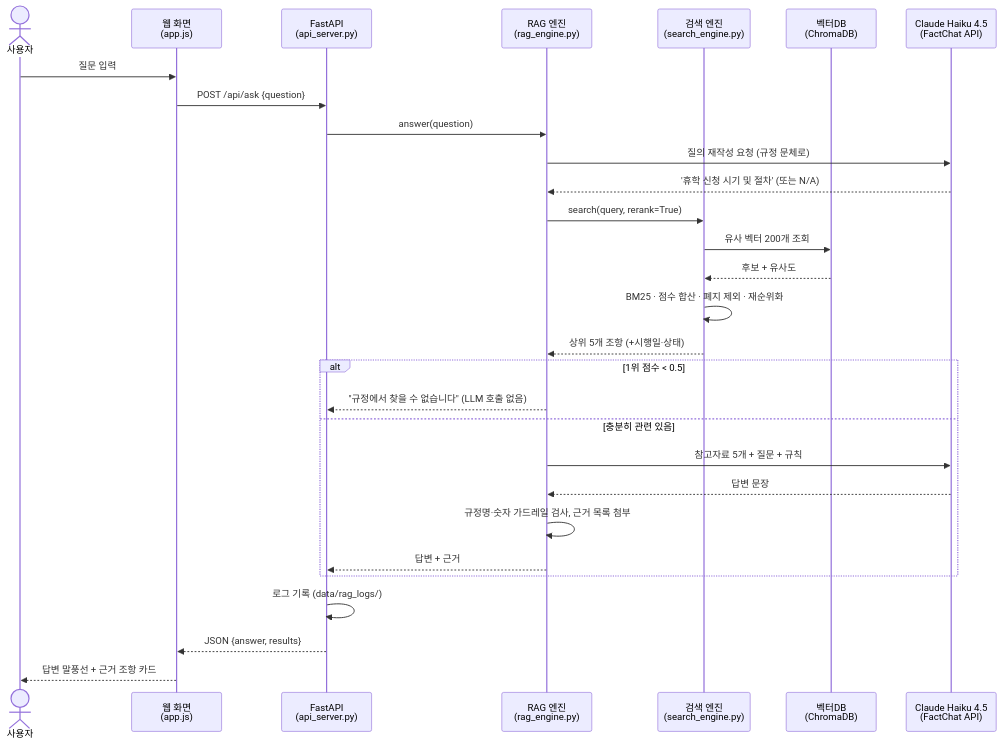
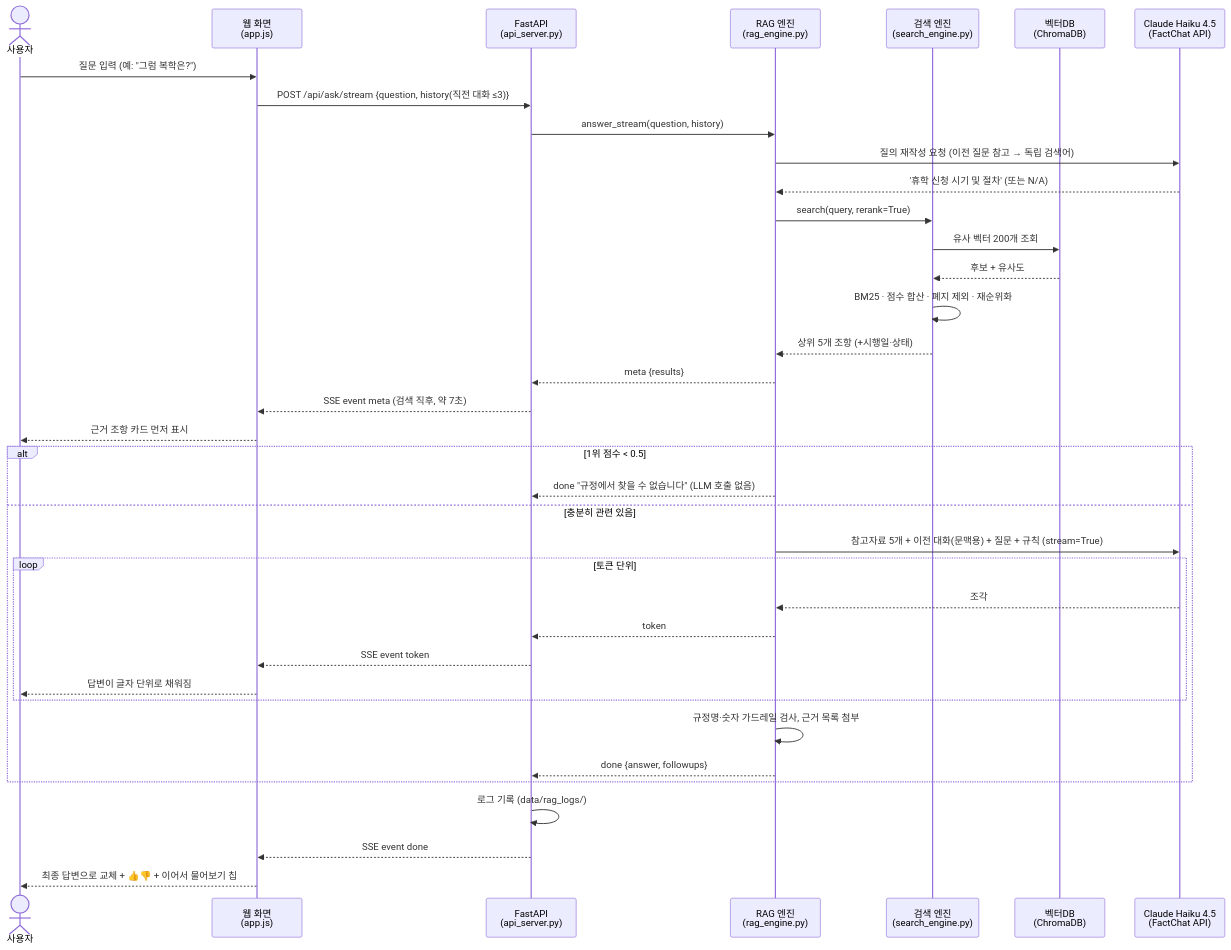
The fifth of 9 diagrams in DIAGRAMS.md (sjdisj1895-svg/Academic_Regulations_AIProject), drawn with Mermaid before and after one commit. The commit also changed 8 other files, not shown here.

````diff
--- a/DIAGRAMS.md
+++ b/DIAGRAMS.md
@@ -139,32 +139,40 @@
 ```mermaid
 sequenceDiagram
     actor U as 사용자
     participant W as 웹 화면<br/>(app.js)
     participant A as FastAPI<br/>(api_server.py)
     participant R as RAG 엔진<br/>(rag_engine.py)
     participant S as 검색 엔진<br/>(search_engine.py)
     participant V as 벡터DB<br/>(ChromaDB)
     participant L as Claude Haiku 4.5<br/>(FactChat API)
 
-    U->>W: 질문 입력
-    W->>A: POST /api/ask {question}
-    A->>R: answer(question)
-    R->>L: 질의 재작성 요청 (규정 문체로)
+    U->>W: 질문 입력 (예: "그럼 복학은?")
+    W->>A: POST /api/ask/stream {question, history(직전 대화 ≤3)}
+    A->>R: answer_stream(question, history)
+    R->>L: 질의 재작성 요청 (이전 질문 참고 → 독립 검색어)
     L-->>R: '휴학 신청 시기 및 절차' (또는 N/A)
     R->>S: search(query, rerank=True)
     S->>V: 유사 벡터 200개 조회
     V-->>S: 후보 + 유사도
     S->>S: BM25 · 점수 합산 · 폐지 제외 · 재순위화
     S-->>R: 상위 5개 조항 (+시행일·상태)
+    R-->>A: meta {results}
+    A-->>W: SSE event meta  (검색 직후, 약 7초)
+    W-->>U: 근거 조항 카드 먼저 표시
     alt 1위 점수 < 0.5
-        R-->>A: "규정에서 찾을 수 없습니다" (LLM 호출 없음)
+        R-->>A: done "규정에서 찾을 수 없습니다" (LLM 호출 없음)
     else 충분히 관련 있음
-        R->>L: 참고자료 5개 + 질문 + 규칙
-        L-->>R: 답변 문장
+        R->>L: 참고자료 5개 + 이전 대화(문맥용) + 질문 + 규칙 (stream=True)
+        loop 토큰 단위
+            L-->>R: 조각
+            R-->>A: token
+            A-->>W: SSE event token
+            W-->>U: 답변이 글자 단위로 채워짐
+        end
         R->>R: 규정명·숫자 가드레일 검사, 근거 목록 첨부
-        R-->>A: 답변 + 근거
+        R-->>A: done {answer, followups}
     end
     A->>A: 로그 기록 (data/rag_logs/)
-    A-->>W: JSON {answer, results}
-    W-->>U: 답변 말풍선 + 근거 조항 카드
+    A-->>W: SSE event done
+    W-->>U: 최종 답변으로 교체 + 👍👎 + 이어서 물어보기 칩
 ```
````
